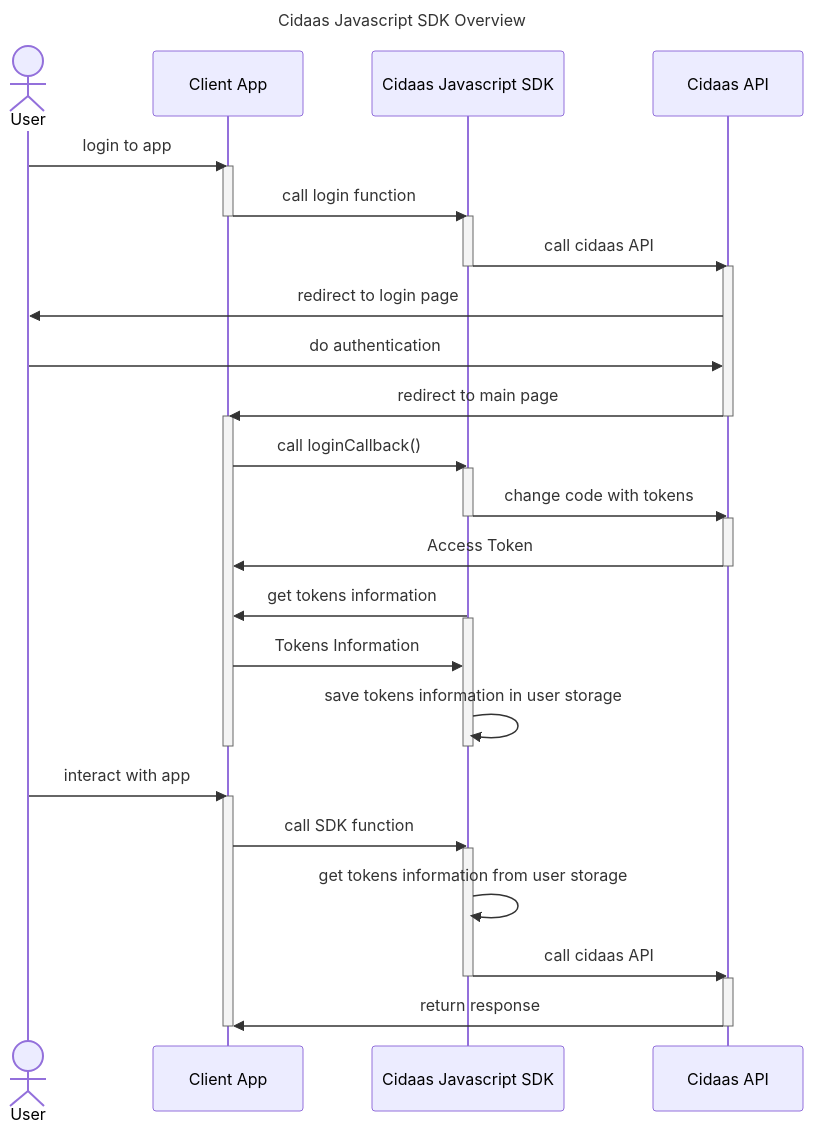
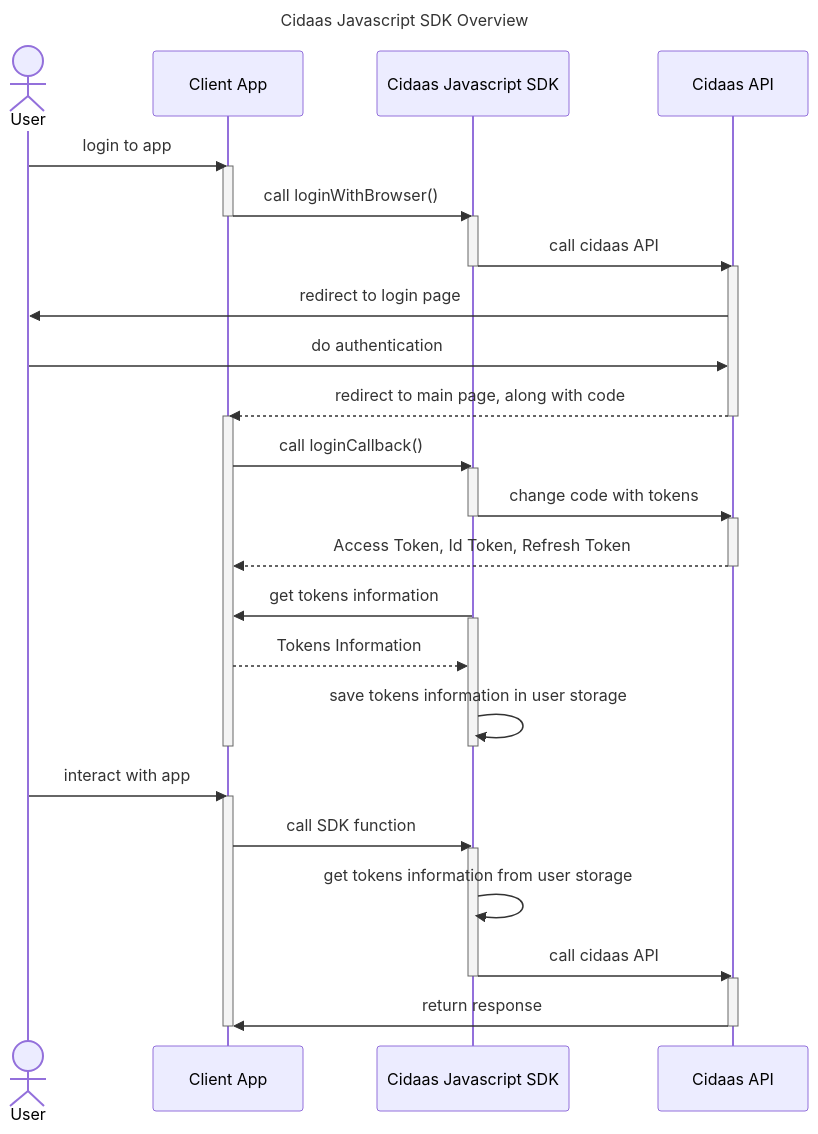
Before and after one commit to cidaas/cidaas-javascript-sdk: the first of 2 diagrams in overview.md, drawn with Mermaid. The commit also changed other lines of this file, not shown here.

````diff
--- a/overview.md
+++ b/overview.md
@@ -5,63 +5,63 @@
 ```mermaid
 ---
 title: Cidaas Javascript SDK Overview
 ---
 sequenceDiagram
   Actor User
   participant ClientApp as Client App
   participant CidaasSDK as Cidaas Javascript SDK
   participant CidaasAPI as Cidaas API
 
 User ->> ClientApp: login to app
 
 activate ClientApp
-ClientApp ->> CidaasSDK: call login function
+ClientApp ->> CidaasSDK: call loginWithBrowser()
 deactivate ClientApp
 
 activate CidaasSDK
 CidaasSDK ->> CidaasAPI: call cidaas API
 deactivate CidaasSDK
 
 activate CidaasAPI
 CidaasAPI ->> User: redirect to login page
 User ->> CidaasAPI: do authentication
-CidaasAPI ->> ClientApp: redirect to main page
+CidaasAPI -->> ClientApp: redirect to main page, along with code
 deactivate CidaasAPI
 
 activate ClientApp
 ClientApp ->> CidaasSDK: call loginCallback()
 
 activate CidaasSDK
 CidaasSDK ->> CidaasAPI: change code with tokens
 deactivate CidaasSDK
 
 activate CidaasAPI
-CidaasAPI ->> ClientApp: Access Token
+CidaasAPI -->> ClientApp: Access Token, Id Token, Refresh Token
 deactivate CidaasAPI
 
 CidaasSDK ->> ClientApp: get tokens information
 
 activate CidaasSDK
-ClientApp ->> CidaasSDK: Tokens Information
+ClientApp -->> CidaasSDK: Tokens Information
 CidaasSDK ->> CidaasSDK: save tokens information in user storage
 deactivate CidaasSDK
 
 deactivate ClientApp
 
 
 User ->> ClientApp: interact with app
 
 activate ClientApp
 ClientApp ->> CidaasSDK: call SDK function
 
 activate CidaasSDK
 CidaasSDK ->> CidaasSDK: get tokens information from user storage
 CidaasSDK ->> CidaasAPI: call cidaas API
 deactivate CidaasSDK
 
 activate CidaasAPI
 CidaasAPI ->> ClientApp: return response
 deactivate CidaasAPI
 
 deactivate ClientApp
 ```
````
